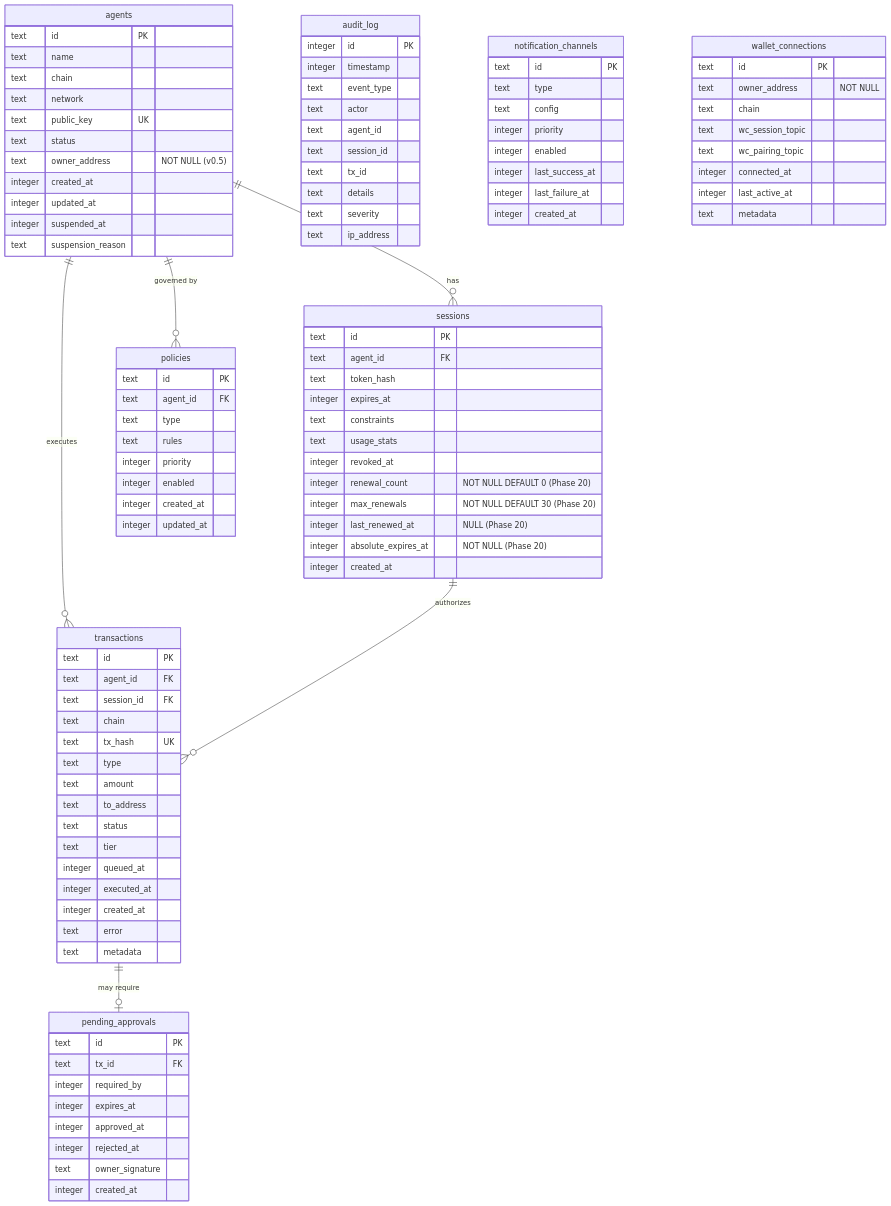
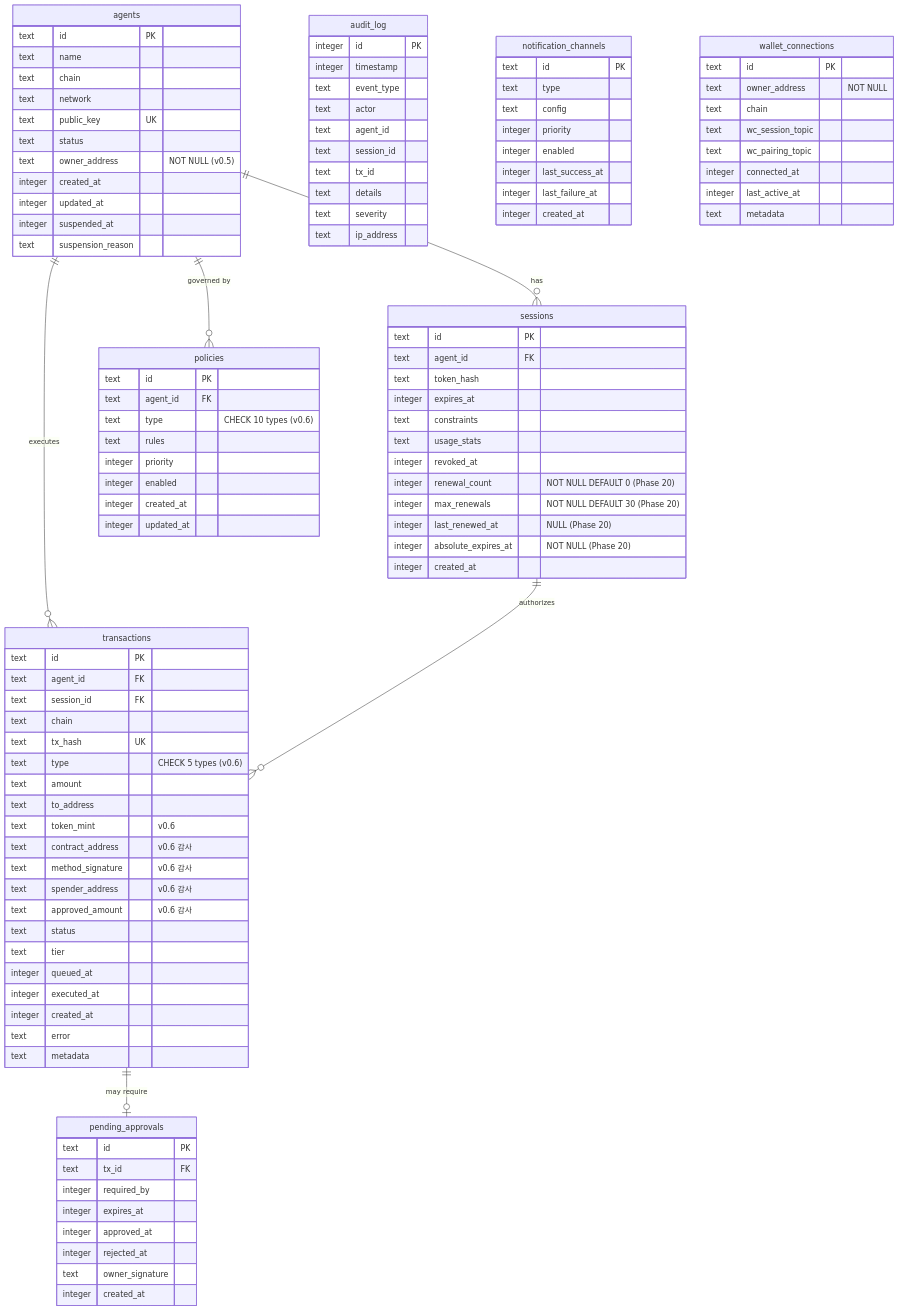
Before and after one commit to minhoyoo-iotrust/WAIaaS: the diagram in .planning/deliverables/25-sqlite-schema.md, drawn with Mermaid. The commit also changed other lines of this file, not shown here.

First line of the commit message:
feat(25-02): 25-sqlite-schema v0.6 통합

```diff
--- a/.planning/deliverables/25-sqlite-schema.md
+++ b/.planning/deliverables/25-sqlite-schema.md
@@ -810,9 +904,14 @@
         text session_id FK
         text chain
         text tx_hash UK
-        text type
+        text type "CHECK 5 types (v0.6)"
         text amount
         text to_address
+        text token_mint "v0.6"
+        text contract_address "v0.6 감사"
+        text method_signature "v0.6 감사"
+        text spender_address "v0.6 감사"
+        text approved_amount "v0.6 감사"
         text status
         text tier
         integer queued_at
@@ -825,7 +924,7 @@
     policies {
         text id PK
         text agent_id FK
-        text type
+        text type "CHECK 10 types (v0.6)"
         text rules
         integer priority
         integer enabled
```
